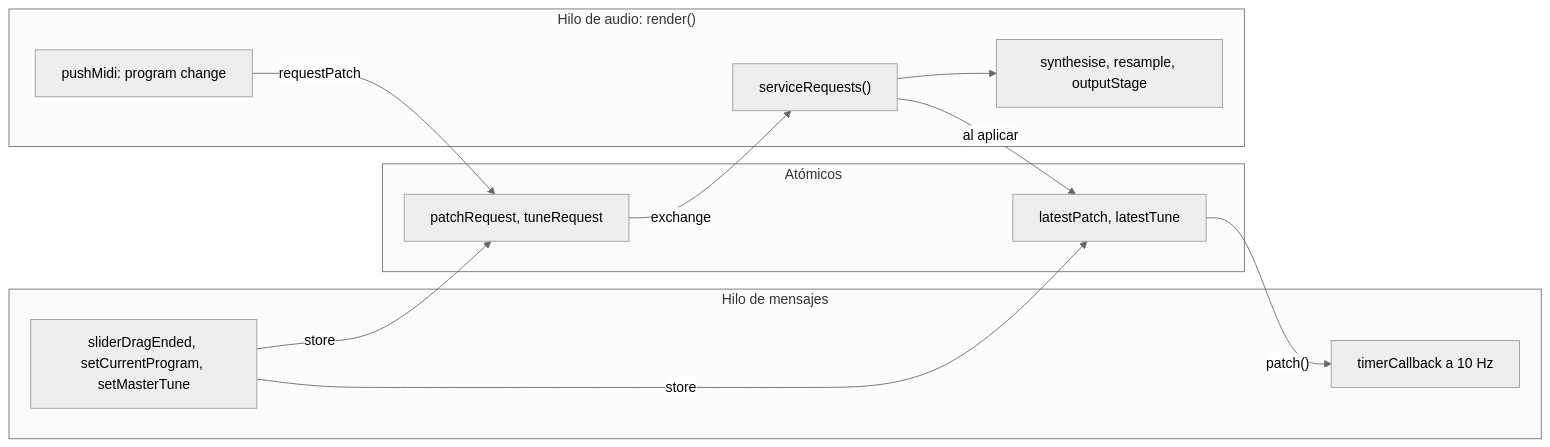
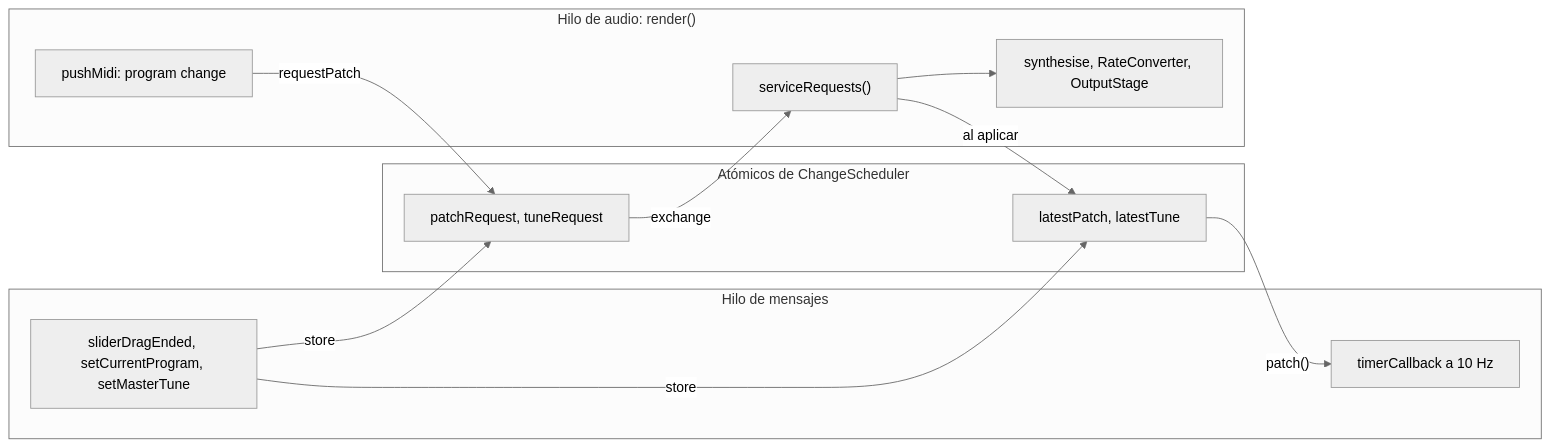
One commit to claudiodevia/rdpiano changed the tenth of 12 diagrams in docs/ARQUITECTURA.md. Above: the diagram before and after it, drawn with Mermaid (neutral theme). The commit also changed other lines of this file and 37 other files, not shown here.

````diff
--- a/docs/ARQUITECTURA.md
+++ b/docs/ARQUITECTURA.md
@@ -513,23 +554,23 @@
 ```mermaid
 flowchart LR
     subgraph ui["Hilo de mensajes"]
         dial["sliderDragEnded, setCurrentProgram, setMasterTune"]
         timer["timerCallback a 10 Hz"]
     end
-    subgraph at["Atómicos"]
+    subgraph at["Atómicos de ChangeScheduler"]
         req["patchRequest, tuneRequest"]
         latest["latestPatch, latestTune"]
     end
     subgraph audio["Hilo de audio: render()"]
         pm["pushMidi: program change"]
         sr["serviceRequests()"]
-        rest["synthesise, resample, outputStage"]
+        rest["synthesise, RateConverter, OutputStage"]
     end
     dial -- "store" --> req
     dial -- "store" --> latest
     pm -- "requestPatch" --> req
     req -- "exchange" --> sr
     sr --> rest
     sr -- "al aplicar" --> latest
     latest -- "patch()" --> timer
 ```
````
